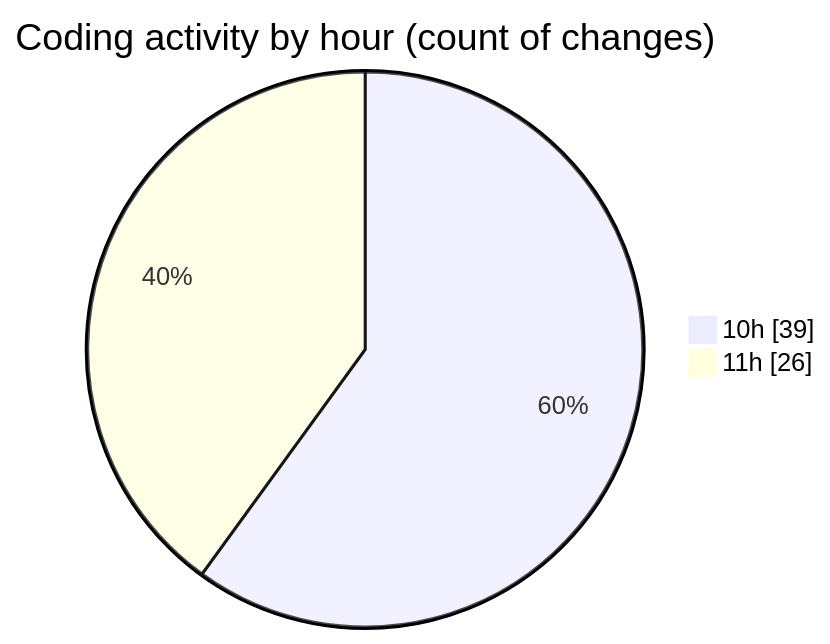
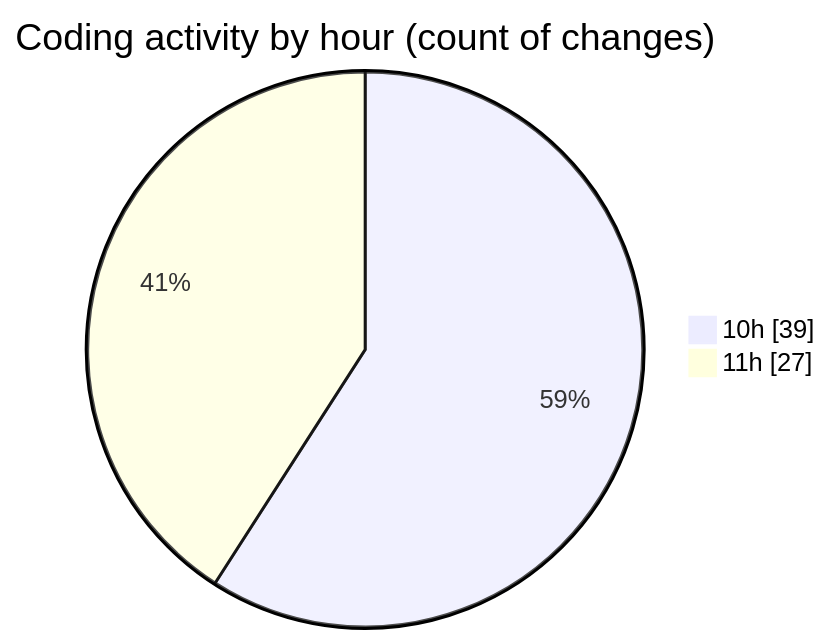
Before and after one commit to CELIANVF/code-tracking: the second of 2 diagrams in 2025-04-15/portfolio/README.md, drawn with Mermaid. The commit also changed other lines of this file and 1 other file, not shown here.

````diff
--- a/2025-04-15/portfolio/README.md
+++ b/2025-04-15/portfolio/README.md
@@ -30,6 +30,6 @@
 ```mermaid
 pie showData
 title Coding activity by hour (count of changes)
 "10h" : 39
-"11h" : 26
+"11h" : 27
 ```
````
